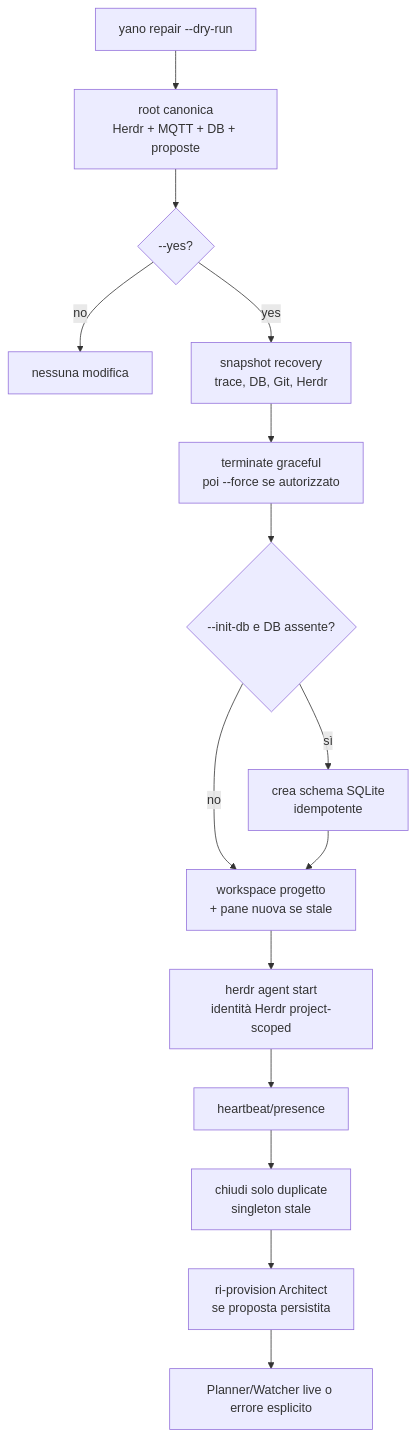
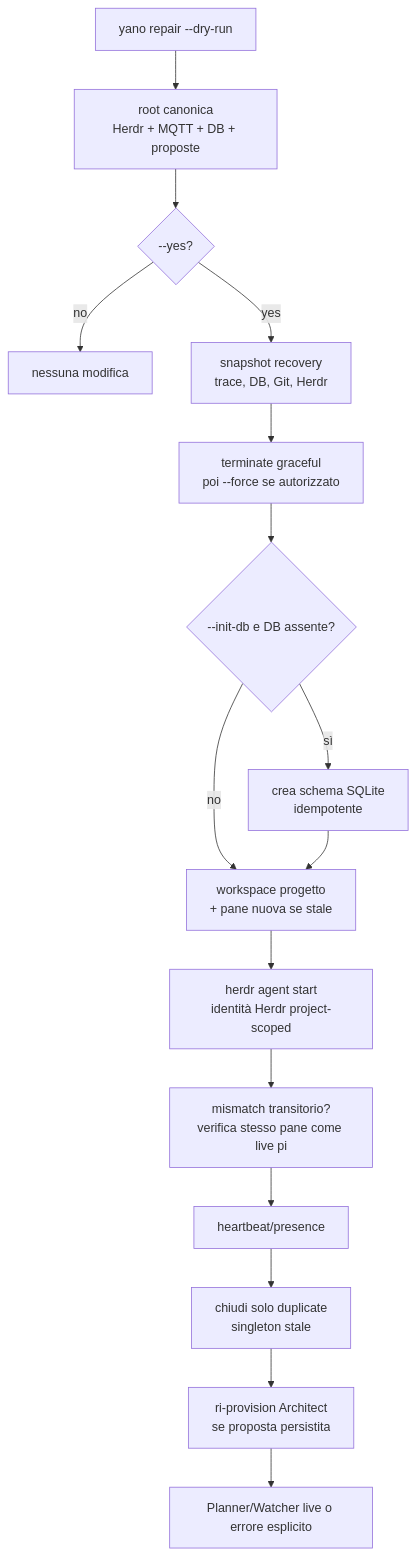
Before and after one commit to alessiobacin/yano-orchestrator: the diagram in docs/diagram/02-repair-riallineamento.mmd, drawn with Mermaid. The commit also changed 12 other files, not shown here.

```diff
--- a/docs/diagram/02-repair-riallineamento.mmd
+++ b/docs/diagram/02-repair-riallineamento.mmd
@@ -1,15 +1,16 @@
 flowchart TD
     START["yano repair --dry-run"] --> INVENTORY["root canonica\nHerdr + MQTT + DB + proposte"]
     INVENTORY --> APPLY{"--yes?"}
     APPLY -- no --> PREVIEW["nessuna modifica"]
     APPLY -- yes --> SNAP["snapshot recovery\ntrace, DB, Git, Herdr"]
     SNAP --> STOP["terminate graceful\npoi --force se autorizzato"]
     STOP --> DB{"--init-db e DB assente?"}
     DB -- sì --> INIT["crea schema SQLite\nidempotente"]
     DB -- no --> WORKSPACE
     INIT --> WORKSPACE["workspace progetto\n+ pane nuova se stale"]
     WORKSPACE --> START_AGENTS["herdr agent start\nidentità Herdr project-scoped"]
-    START_AGENTS --> VERIFY["heartbeat/presence"]
+    START_AGENTS --> START_VERIFY["mismatch transitorio?\nverifica stesso pane come live pi"]
+    START_VERIFY --> VERIFY["heartbeat/presence"]
     VERIFY --> CLEAN["chiudi solo duplicate\nsingleton stale"]
     CLEAN --> REPROV["ri-provision Architect\nse proposta persistita"]
     REPROV --> DONE["Planner/Watcher live o errore esplicito"]
```
